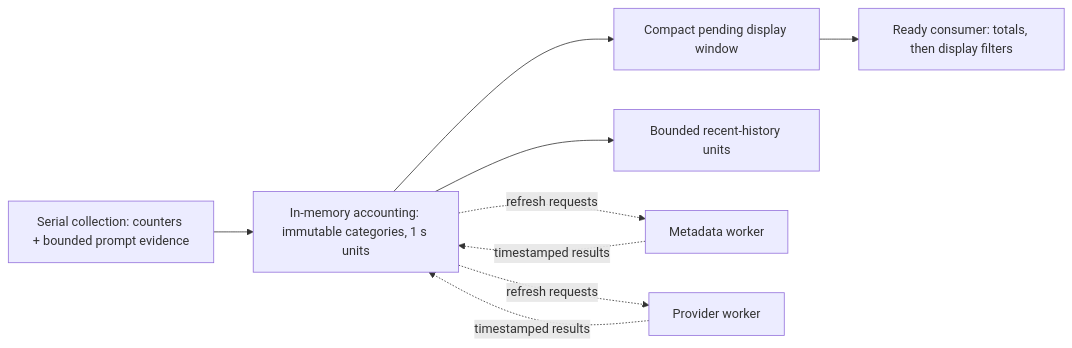
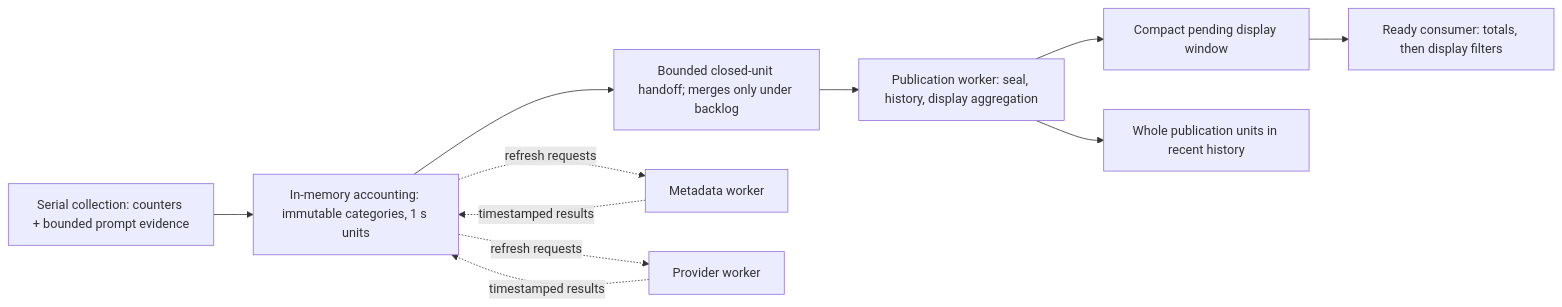
The first of 2 diagrams in docs/architecture.md (mbackschat/agent-monitor), drawn with Mermaid before and after one commit. The commit also changed other lines of this file and 20 other files, not shown here.

First line of the commit message:
refactor(accounting): publish closed units on a separate worker

````diff
--- a/docs/architecture.md
+++ b/docs/architecture.md
@@ -122,11 +122,13 @@
 ```mermaid
 flowchart LR
     A["Serial collection: counters + bounded prompt evidence"] --> C["In-memory accounting: immutable categories, 1 s units"]
-    C --> D["Compact pending display window"]
+    C --> Q["Bounded closed-unit handoff; merges only under backlog"]
+    Q --> W["Publication worker: seal, history, display aggregation"]
+    W --> D["Compact pending display window"]
     D --> E["Ready consumer: totals, then display filters"]
-    C --> H["Bounded recent-history units"]
+    W --> H["Whole publication units in recent history"]
     C -. refresh requests .-> M["Metadata worker"]
     C -. refresh requests .-> P["Provider worker"]
     M -. timestamped results .-> C
     P -. timestamped results .-> C
 ```
````
